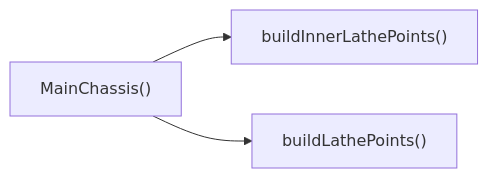
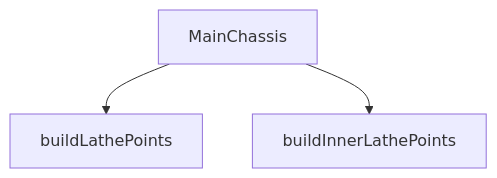
Before and after one commit to peckop/venthub-hvac-esite: the diagram in src/components/products/3d/factory/parts/MainChassis.md, drawn with Mermaid. The commit also changed other lines of this file and 488 other files, not shown here.

````diff
--- a/src/components/products/3d/factory/parts/MainChassis.md
+++ b/src/components/products/3d/factory/parts/MainChassis.md
@@ -148,5 +141,8 @@
 ```mermaid
-graph LR
-    MainChassis["MainChassis()"] --> buildInnerLathePoints["buildInnerLathePoints()"]
-    MainChassis["MainChassis()"] --> buildLathePoints["buildLathePoints()"]
+graph TD
+    MainChassis_tsx__MainChassis["MainChassis"]
+    MainChassis_tsx__buildInnerLathePoints["buildInnerLathePoints"]
+    MainChassis_tsx__buildLathePoints["buildLathePoints"]
+    MainChassis_tsx__MainChassis --> MainChassis_tsx__buildLathePoints
+    MainChassis_tsx__MainChassis --> MainChassis_tsx__buildInnerLathePoints
 ```
````
